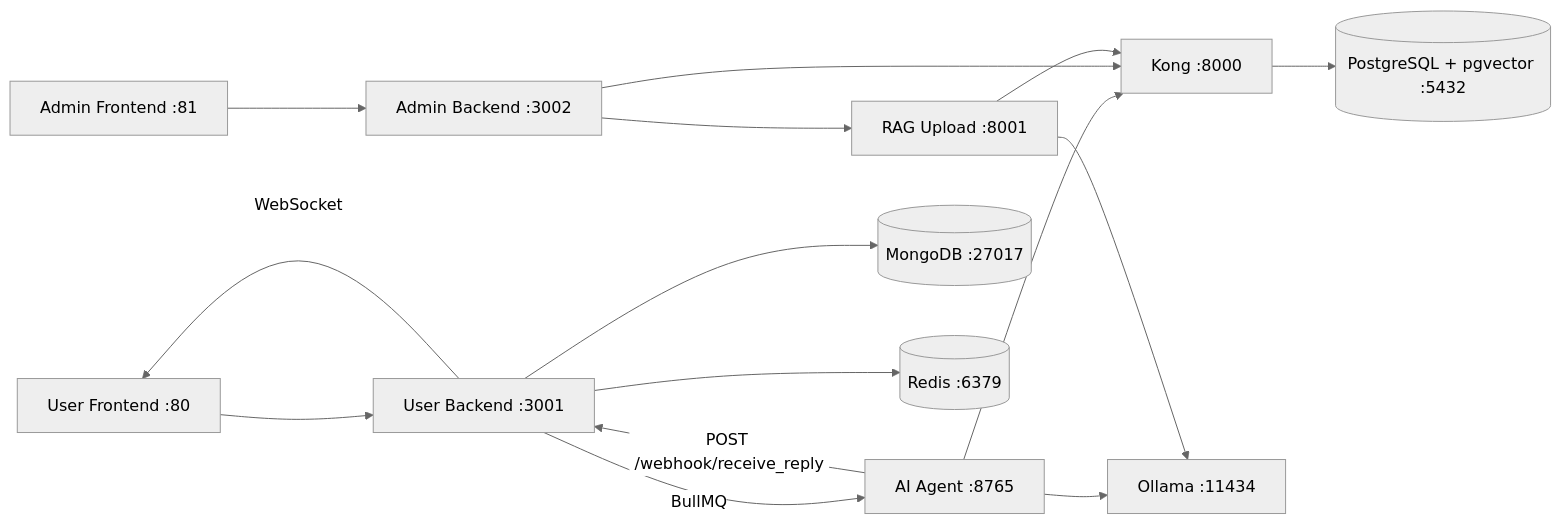
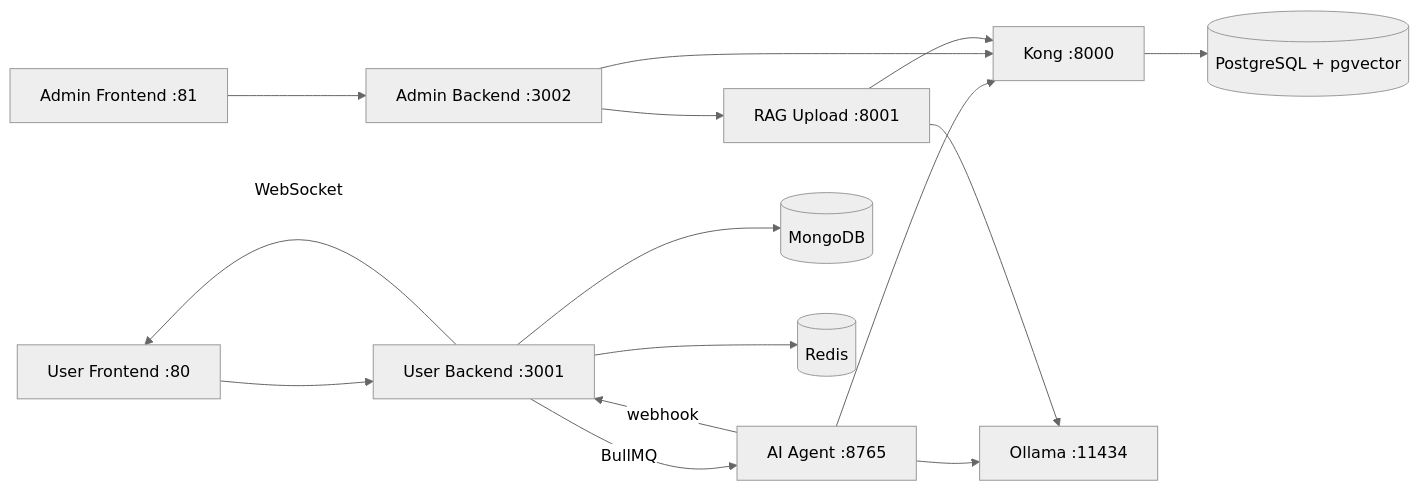
One commit to AtiwitchJ/customer-service-ai-chatbot changed the diagram in README.md. Above: the diagram before and after it, drawn with Mermaid (neutral theme). The commit also changed other lines of this file, not shown here.

Commit message:
Refactor README.md to streamline content, enhance clarity on system architecture, and update service descriptions. Consolidated sections for improved readability and removed outdated information.

````diff
--- a/README.md
+++ b/README.md
@@ -31,20 +10,20 @@
 ```mermaid
 flowchart LR
     UF[User Frontend :80] --> UB[User Backend :3001]
     UB -->|BullMQ| AI[AI Agent :8765]
-    AI -->|POST /webhook/receive_reply| UB
+    AI -->|webhook| UB
     UB -->|WebSocket| UF
 
     AF[Admin Frontend :81] --> AB[Admin Backend :3002]
     AB --> RAG[RAG Upload :8001]
 
-    UB --> M[(MongoDB :27017)]
-    UB --> R[(Redis :6379)]
+    UB --> M[(MongoDB)]
+    UB --> R[(Redis)]
     AI --> K[Kong :8000]
     AB --> K
     RAG --> K
-    K --> PG[(PostgreSQL + pgvector :5432)]
+    K --> PG[(PostgreSQL + pgvector)]
 
     AI --> O[Ollama :11434]
     RAG --> O
 ```
````
